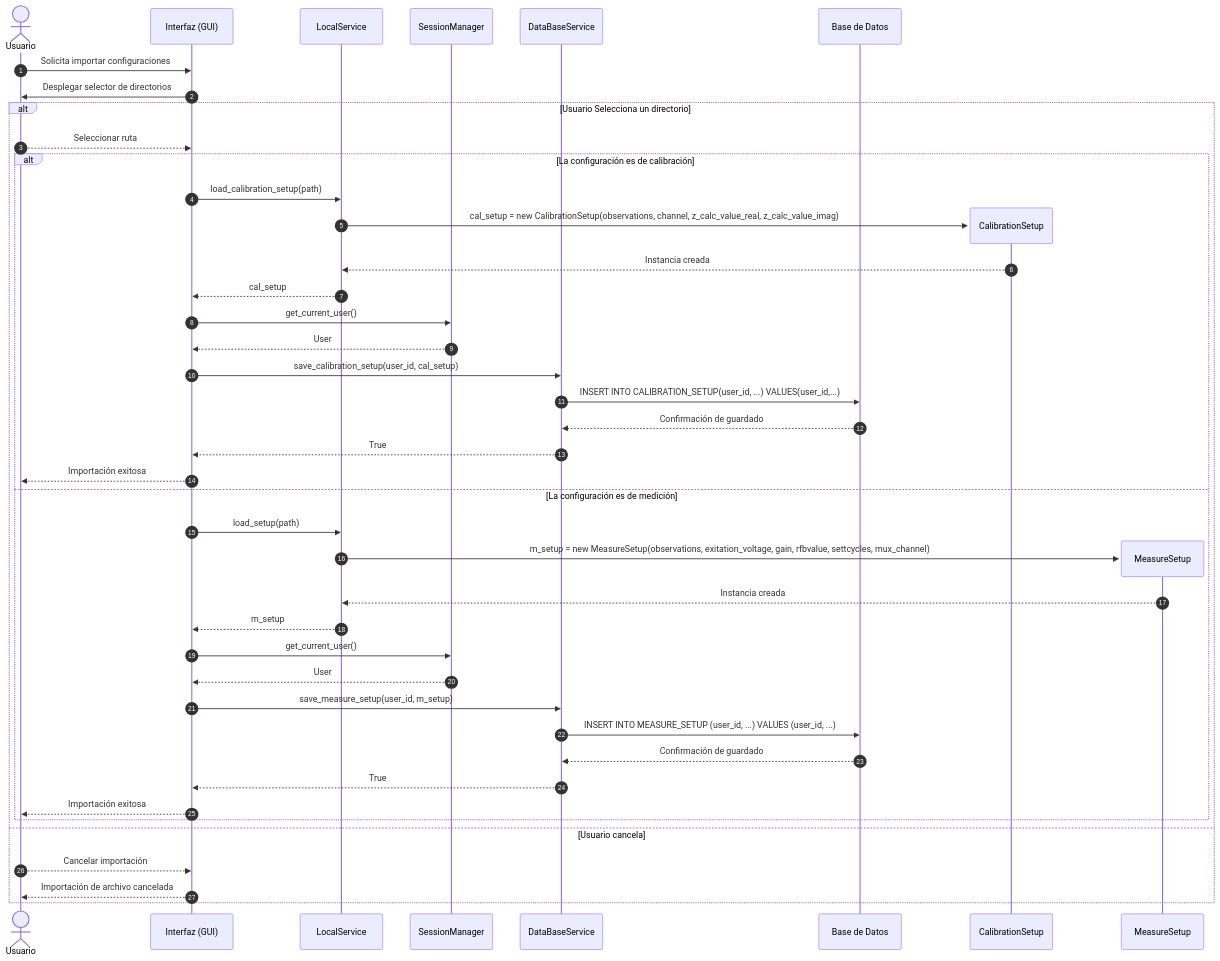
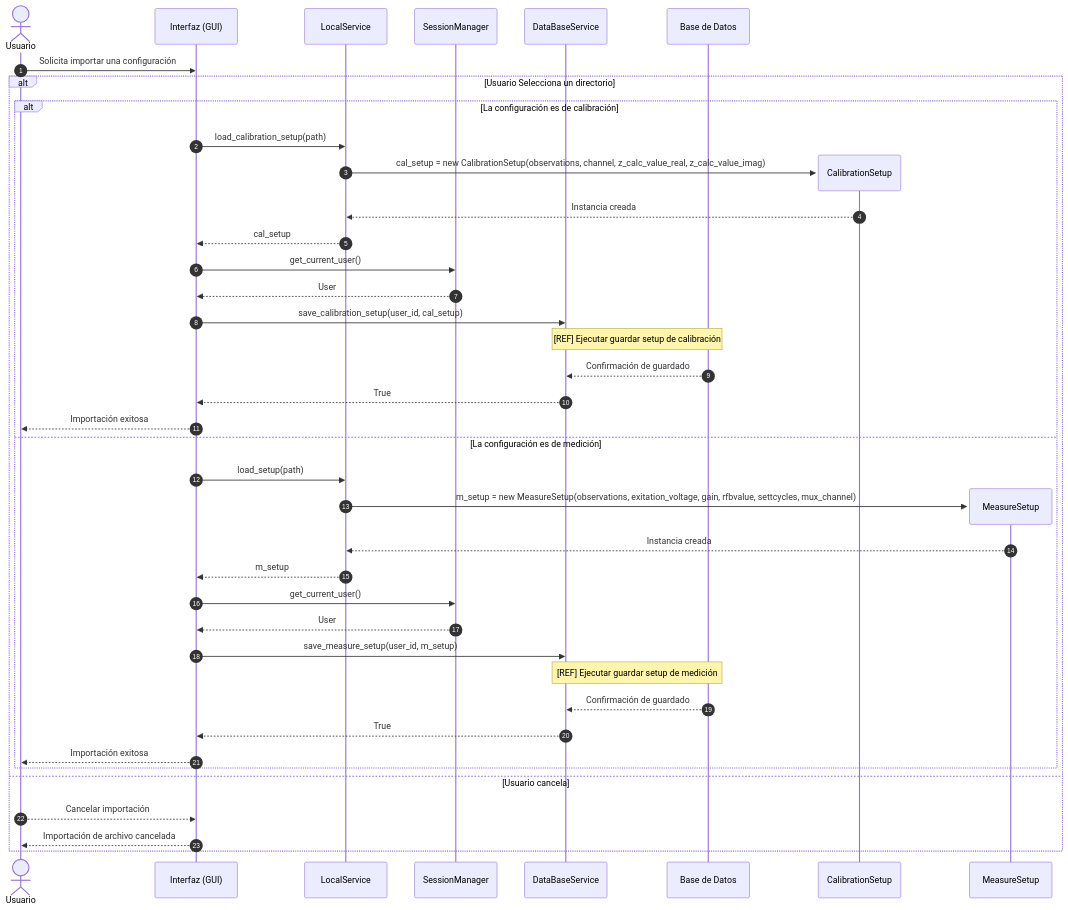
Before and after one commit to alegrelias/Repo-GMini: the seventh of 13 diagrams in Gmini-MarkDown/Diagramas/Diagramas de Secuencia.md, drawn with Mermaid. The commit also changed other lines of this file, not shown here.

Commit message:
Se agrega diagrama de secuencia

````diff
--- a/Gmini-MarkDown/Diagramas/Diagramas de Secuencia.md
+++ b/Gmini-MarkDown/Diagramas/Diagramas de Secuencia.md
@@ -186,48 +210,45 @@
 ```mermaid
 sequenceDiagram
 autonumber
 
 actor U as Usuario
 participant G as Interfaz (GUI)
 participant local as LocalService
 participant session as SessionManager
 participant dbs as DataBaseService
 participant db as Base de Datos
 
-U->>G: Solicita importar configuraciones
-G->>U: Desplegar selector de directorios
-alt Usuario Selecciona un directorio
-	U-->>G: Seleccionar ruta
+U->>G: Solicita importar una configuración
+	alt Usuario Selecciona un directorio
 	alt La configuración es de calibración
-		G->>local: load_calibration_setup(path)
-		create participant C as CalibrationSetup
-		local->>C: cal_setup = new CalibrationSetup(observations, channel, z_calc_value_real, z_calc_value_imag)
-		C-->>local: Instancia creada
-		local-->>G: cal_setup
-		G->>session: get_current_user()
-		session-->>G: User
-		G->>dbs: save_calibration_setup(user_id, cal_setup)
-		dbs->>db: INSERT INTO CALIBRATION_SETUP(user_id, ...) VALUES(user_id,...)
-		db-->>dbs: Confirmación de guardado
-		dbs-->>G: True
-		G-->>U: Importación exitosa
-		
+			G->>local: load_calibration_setup(path)
+			create participant C as CalibrationSetup
+			local->>C: cal_setup = new CalibrationSetup(observations, channel, z_calc_value_real, z_calc_value_imag)
+			C-->>local: Instancia creada
+			local-->>G: cal_setup
+			G->>session: get_current_user()
+			session-->>G: User
+			G->>dbs: save_calibration_setup(user_id, cal_setup)
+			Note over dbs, db: [REF] Ejecutar guardar setup de calibración
+			db-->>dbs: Confirmación de guardado
+			dbs-->>G: True
+			G-->>U: Importación exitosa
 	else La configuración es de medición	
 		G->>local: load_setup(path)
-		create participant M as MeasureSetup
-		local->>M: m_setup = new MeasureSetup(observations, exitation_voltage, gain, rfbvalue, settcycles, mux_channel)
-		M-->>local: Instancia creada
+		create participant MS as MeasureSetup
+		local->>MS: m_setup = new MeasureSetup(observations, exitation_voltage, gain, rfbvalue, settcycles, mux_channel)
+		MS-->>local: Instancia creada
 		local-->>G: m_setup
 		G->>session: get_current_user()
 		session-->>G: User
 		G->>dbs: save_measure_setup(user_id, m_setup)
-		dbs->>db: INSERT INTO MEASURE_SETUP (user_id, ...) VALUES (user_id, ...)
+		Note over dbs, db: [REF] Ejecutar guardar setup de medición
 		db-->>dbs: Confirmación de guardado
 		dbs-->>G: True
 		G-->>U: Importación exitosa
 	end
-else Usuario cancela
-	U-->>G: Cancelar importación
-	G-->>U: Importación de archivo cancelada
-end
+	else Usuario cancela
+		U-->>G: Cancelar importación
+		G-->>U: Importación de archivo cancelada
+	end
 ```
````
